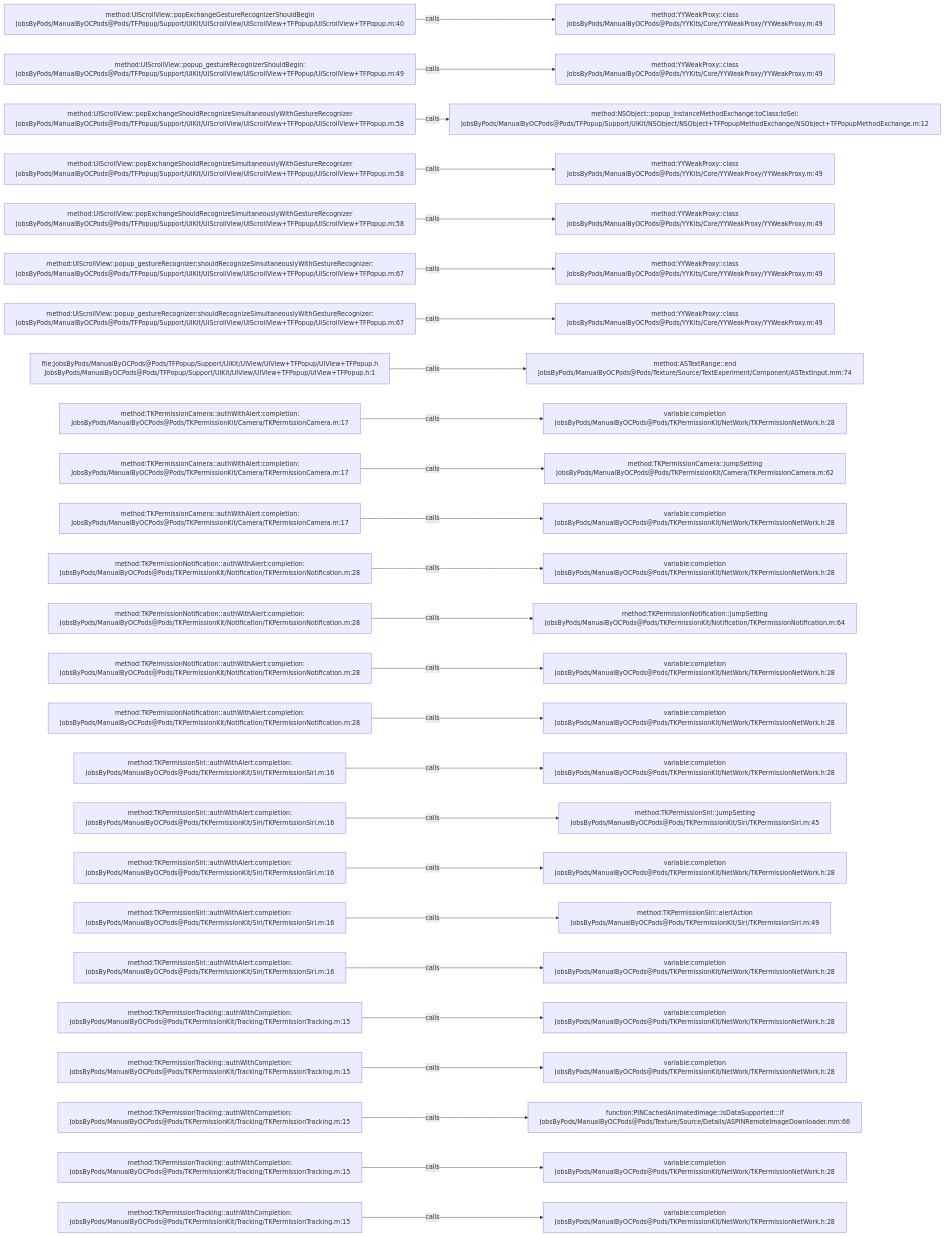
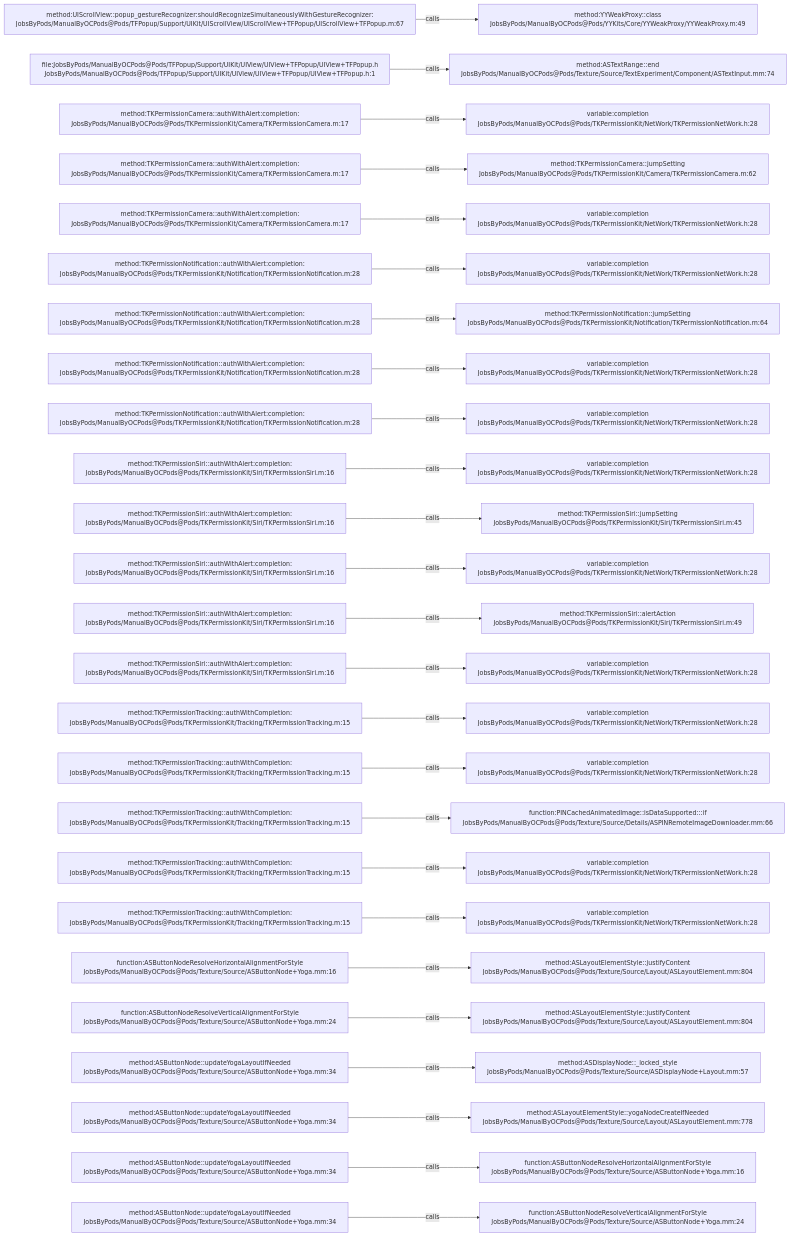
Before and after one commit to JobsKits/JobsOCBaseConfigDemo: the diagram in .codegraph/codegraph.md/graphs/calls-062.md, drawn with Mermaid. The commit also changed 666 other files, not shown here.

````diff
--- a/.codegraph/codegraph.md/graphs/calls-062.md
+++ b/.codegraph/codegraph.md/graphs/calls-062.md
@@ -13,78 +13,78 @@
 ```mermaid
 flowchart LR
-  S1["method:UIScrollView::popExchangeGestureRecognizerShouldBegin<br/>JobsByPods/ManualByOCPods@Pods/TFPopup/Support/UIKit/UIScrollView/UIScrollView+TFPopup/UIScrollView+TFPopup.m:40"]
+  S1["method:UIScrollView::popup_gestureRecognizer:shouldRecognizeSimultaneouslyWithGestureRecognizer:<br/>JobsByPods/ManualByOCPods@Pods/TFPopup/Support/UIKit/UIScrollView/UIScrollView+TFPopup/UIScrollView+TFPopup.m:67"]
   T1["method:YYWeakProxy::class<br/>JobsByPods/ManualByOCPods@Pods/YYKits/Core/YYWeakProxy/YYWeakProxy.m:49"]
   S1 -->|calls| T1
-  S2["method:UIScrollView::popup_gestureRecognizerShouldBegin:<br/>JobsByPods/ManualByOCPods@Pods/TFPopup/Support/UIKit/UIScrollView/UIScrollView+TFPopup/UIScrollView+TFPopup.m:49"]
-  T2["method:YYWeakProxy::class<br/>JobsByPods/ManualByOCPods@Pods/YYKits/Core/YYWeakProxy/YYWeakProxy.m:49"]
+  S2["file:JobsByPods/ManualByOCPods@Pods/TFPopup/Support/UIKit/UIView/UIView+TFPopup/UIView+TFPopup.h<br/>JobsByPods/ManualByOCPods@Pods/TFPopup/Support/UIKit/UIView/UIView+TFPopup/UIView+TFPopup.h:1"]
+  T2["method:ASTextRange::end<br/>JobsByPods/ManualByOCPods@Pods/Texture/Source/TextExperiment/Component/ASTextInput.mm:74"]
   S2 -->|calls| T2
-  S3["method:UIScrollView::popExchangeShouldRecognizeSimultaneouslyWithGestureRecognizer<br/>JobsByPods/ManualByOCPods@Pods/TFPopup/Support/UIKit/UIScrollView/UIScrollView+TFPopup/UIScrollView+TFPopup.m:58"]
-  T3["method:NSObject::popup_instanceMethodExchange:toClass:toSel:<br/>JobsByPods/ManualByOCPods@Pods/TFPopup/Support/UIKit/NSObject/NSObject+TFPopupMethodExchange/NSObject+TFPopupMethodExchange.m:12"]
+  S3["method:TKPermissionCamera::authWithAlert:completion:<br/>JobsByPods/ManualByOCPods@Pods/TKPermissionKit/Camera/TKPermissionCamera.m:17"]
+  T3["variable:completion<br/>JobsByPods/ManualByOCPods@Pods/TKPermissionKit/NetWork/TKPermissionNetWork.h:28"]
   S3 -->|calls| T3
-  S4["method:UIScrollView::popExchangeShouldRecognizeSimultaneouslyWithGestureRecognizer<br/>JobsByPods/ManualByOCPods@Pods/TFPopup/Support/UIKit/UIScrollView/UIScrollView+TFPopup/UIScrollView+TFPopup.m:58"]
-  T4["method:YYWeakProxy::class<br/>JobsByPods/ManualByOCPods@Pods/YYKits/Core/YYWeakProxy/YYWeakProxy.m:49"]
+  S4["method:TKPermissionCamera::authWithAlert:completion:<br/>JobsByPods/ManualByOCPods@Pods/TKPermissionKit/Camera/TKPermissionCamera.m:17"]
+  T4["method:TKPermissionCamera::jumpSetting<br/>JobsByPods/ManualByOCPods@Pods/TKPermissionKit/Camera/TKPermissionCamera.m:62"]
   S4 -->|calls| T4
-  S5["method:UIScrollView::popExchangeShouldRecognizeSimultaneouslyWithGestureRecognizer<br/>JobsByPods/ManualByOCPods@Pods/TFPopup/Support/UIKit/UIScrollView/UIScrollView+TFPopup/UIScrollView+TFPopup.m:58"]
-  T5["method:YYWeakProxy::class<br/>JobsByPods/ManualByOCPods@Pods/YYKits/Core/YYWeakProxy/YYWeakProxy.m:49"]
+  S5["method:TKPermissionCamera::authWithAlert:completion:<br/>JobsByPods/ManualByOCPods@Pods/TKPermissionKit/Camera/TKPermissionCamera.m:17"]
+  T5["variable:completion<br/>JobsByPods/ManualByOCPods@Pods/TKPermissionKit/NetWork/TKPermissionNetWork.h:28"]
   S5 -->|calls| T5
-  S6["method:UIScrollView::popup_gestureRecognizer:shouldRecognizeSimultaneouslyWithGestureRecognizer:<br/>JobsByPods/ManualByOCPods@Pods/TFPopup/Support/UIKit/UIScrollView/UIScrollView+TFPopup/UIScrollView+TFPopup.m:67"]
-  T6["method:YYWeakProxy::class<br/>JobsByPods/ManualByOCPods@Pods/YYKits/Core/YYWeakProxy/YYWeakProxy.m:49"]
+  S6["method:TKPermissionNotification::authWithAlert:completion:<br/>JobsByPods/ManualByOCPods@Pods/TKPermissionKit/Notification/TKPermissionNotification.m:28"]
+  T6["variable:completion<br/>JobsByPods/ManualByOCPods@Pods/TKPermissionKit/NetWork/TKPermissionNetWork.h:28"]
   S6 -->|calls| T6
-  S7["method:UIScrollView::popup_gestureRecognizer:shouldRecognizeSimultaneouslyWithGestureRecognizer:<br/>JobsByPods/ManualByOCPods@Pods/TFPopup/Support/UIKit/UIScrollView/UIScrollView+TFPopup/UIScrollView+TFPopup.m:67"]
-  T7["method:YYWeakProxy::class<br/>JobsByPods/ManualByOCPods@Pods/YYKits/Core/YYWeakProxy/YYWeakProxy.m:49"]
+  S7["method:TKPermissionNotification::authWithAlert:completion:<br/>JobsByPods/ManualByOCPods@Pods/TKPermissionKit/Notification/TKPermissionNotification.m:28"]
+  T7["method:TKPermissionNotification::jumpSetting<br/>JobsByPods/ManualByOCPods@Pods/TKPermissionKit/Notification/TKPermissionNotification.m:64"]
   S7 -->|calls| T7
-  S8["file:JobsByPods/ManualByOCPods@Pods/TFPopup/Support/UIKit/UIView/UIView+TFPopup/UIView+TFPopup.h<br/>JobsByPods/ManualByOCPods@Pods/TFPopup/Support/UIKit/UIView/UIView+TFPopup/UIView+TFPopup.h:1"]
-  T8["method:ASTextRange::end<br/>JobsByPods/ManualByOCPods@Pods/Texture/Source/TextExperiment/Component/ASTextInput.mm:74"]
+  S8["method:TKPermissionNotification::authWithAlert:completion:<br/>JobsByPods/ManualByOCPods@Pods/TKPermissionKit/Notification/TKPermissionNotification.m:28"]
+  T8["variable:completion<br/>JobsByPods/ManualByOCPods@Pods/TKPermissionKit/NetWork/TKPermissionNetWork.h:28"]
   S8 -->|calls| T8
-  S9["method:TKPermissionCamera::authWithAlert:completion:<br/>JobsByPods/ManualByOCPods@Pods/TKPermissionKit/Camera/TKPermissionCamera.m:17"]
+  S9["method:TKPermissionNotification::authWithAlert:completion:<br/>JobsByPods/ManualByOCPods@Pods/TKPermissionKit/Notification/TKPermissionNotification.m:28"]
   T9["variable:completion<br/>JobsByPods/ManualByOCPods@Pods/TKPermissionKit/NetWork/TKPermissionNetWork.h:28"]
   S9 -->|calls| T9
-  S10["method:TKPermissionCamera::authWithAlert:completion:<br/>JobsByPods/ManualByOCPods@Pods/TKPermissionKit/Camera/TKPermissionCamera.m:17"]
-  T10["method:TKPermissionCamera::jumpSetting<br/>JobsByPods/ManualByOCPods@Pods/TKPermissionKit/Camera/TKPermissionCamera.m:62"]
+  S10["method:TKPermissionSiri::authWithAlert:completion:<br/>JobsByPods/ManualByOCPods@Pods/TKPermissionKit/Siri/TKPermissionSiri.m:16"]
+  T10["variable:completion<br/>JobsByPods/ManualByOCPods@Pods/TKPermissionKit/NetWork/TKPermissionNetWork.h:28"]
   S10 -->|calls| T10
-  S11["method:TKPermissionCamera::authWithAlert:completion:<br/>JobsByPods/ManualByOCPods@Pods/TKPermissionKit/Camera/TKPermissionCamera.m:17"]
-  T11["variable:completion<br/>JobsByPods/ManualByOCPods@Pods/TKPermissionKit/NetWork/TKPermissionNetWork.h:28"]
+  S11["method:TKPermissionSiri::authWithAlert:completion:<br/>JobsByPods/ManualByOCPods@Pods/TKPermissionKit/Siri/TKPermissionSiri.m:16"]
+  T11["method:TKPermissionSiri::jumpSetting<br/>JobsByPods/ManualByOCPods@Pods/TKPermissionKit/Siri/TKPermissionSiri.m:45"]
   S11 -->|calls| T11
-  S12["method:TKPermissionNotification::authWithAlert:completion:<br/>JobsByPods/ManualByOCPods@Pods/TKPermissionKit/Notification/TKPermissionNotification.m:28"]
+  S12["method:TKPermissionSiri::authWithAlert:completion:<br/>JobsByPods/ManualByOCPods@Pods/TKPermissionKit/Siri/TKPermissionSiri.m:16"]
   T12["variable:completion<br/>JobsByPods/ManualByOCPods@Pods/TKPermissionKit/NetWork/TKPermissionNetWork.h:28"]
   S12 -->|calls| T12
-  S13["method:TKPermissionNotification::authWithAlert:completion:<br/>JobsByPods/ManualByOCPods@Pods/TKPermissionKit/Notification/TKPermissionNotification.m:28"]
-  T13["method:TKPermissionNotification::jumpSetting<br/>JobsByPods/ManualByOCPods@Pods/TKPermissionKit/Notification/TKPermissionNotification.m:64"]
+  S13["method:TKPermissionSiri::authWithAlert:completion:<br/>JobsByPods/ManualByOCPods@Pods/TKPermissionKit/Siri/TKPermissionSiri.m:16"]
+  T13["method:TKPermissionSiri::alertAction<br/>JobsByPods/ManualByOCPods@Pods/TKPermissionKit/Siri/TKPermissionSiri.m:49"]
   S13 -->|calls| T13
-  S14["method:TKPermissionNotification::authWithAlert:completion:<br/>JobsByPods/ManualByOCPods@Pods/TKPermissionKit/Notification/TKPermissionNotification.m:28"]
+  S14["method:TKPermissionSiri::authWithAlert:completion:<br/>JobsByPods/ManualByOCPods@Pods/TKPermissionKit/Siri/TKPermissionSiri.m:16"]
   T14["variable:completion<br/>JobsByPods/ManualByOCPods@Pods/TKPermissionKit/NetWork/TKPermissionNetWork.h:28"]
   S14 -->|calls| T14
-  S15["method:TKPermissionNotification::authWithAlert:completion:<br/>JobsByPods/ManualByOCPods@Pods/TKPermissionKit/Notification/TKPermissionNotification.m:28"]
+  S15["method:TKPermissionTracking::authWithCompletion:<br/>JobsByPods/ManualByOCPods@Pods/TKPermissionKit/Tracking/TKPermissionTracking.m:15"]
   T15["variable:completion<br/>JobsByPods/ManualByOCPods@Pods/TKPermissionKit/NetWork/TKPermissionNetWork.h:28"]
   S15 -->|calls| T15
-  S16["method:TKPermissionSiri::authWithAlert:completion:<br/>JobsByPods/ManualByOCPods@Pods/TKPermissionKit/Siri/TKPermissionSiri.m:16"]
+  S16["method:TKPermissionTracking::authWithCompletion:<br/>JobsByPods/ManualByOCPods@Pods/TKPermissionKit/Tracking/TKPermissionTracking.m:15"]
   T16["variable:completion<br/>JobsByPods/ManualByOCPods@Pods/TKPermissionKit/NetWork/TKPermissionNetWork.h:28"]
   S16 -->|calls| T16
-  S17["method:TKPermissionSiri::authWithAlert:completion:<br/>JobsByPods/ManualByOCPods@Pods/TKPermissionKit/Siri/TKPermissionSiri.m:16"]
-  T17["method:TKPermissionSiri::jumpSetting<br/>JobsByPods/ManualByOCPods@Pods/TKPermissionKit/Siri/TKPermissionSiri.m:45"]
+  S17["method:TKPermissionTracking::authWithCompletion:<br/>JobsByPods/ManualByOCPods@Pods/TKPermissionKit/Tracking/TKPermissionTracking.m:15"]
+  T17["function:PINCachedAnimatedImage::isDataSupported:::if<br/>JobsByPods/ManualByOCPods@Pods/Texture/Source/Details/ASPINRemoteImageDownloader.mm:66"]
   S17 -->|calls| T17
-  S18["method:TKPermissionSiri::authWithAlert:completion:<br/>JobsByPods/ManualByOCPods@Pods/TKPermissionKit/Siri/TKPermissionSiri.m:16"]
+  S18["method:TKPermissionTracking::authWithCompletion:<br/>JobsByPods/ManualByOCPods@Pods/TKPermissionKit/Tracking/TKPermissionTracking.m:15"]
   T18["variable:completion<br/>JobsByPods/ManualByOCPods@Pods/TKPermissionKit/NetWork/TKPermissionNetWork.h:28"]
   S18 -->|calls| T18
-  S19["method:TKPermissionSiri::authWithAlert:completion:<br/>JobsByPods/ManualByOCPods@Pods/TKPermissionKit/Siri/TKPermissionSiri.m:16"]
-  T19["method:TKPermissionSiri::alertAction<br/>JobsByPods/ManualByOCPods@Pods/TKPermissionKit/Siri/TKPermissionSiri.m:49"]
+  S19["method:TKPermissionTracking::authWithCompletion:<br/>JobsByPods/ManualByOCPods@Pods/TKPermissionKit/Tracking/TKPermissionTracking.m:15"]
+  T19["variable:completion<br/>JobsByPods/ManualByOCPods@Pods/TKPermissionKit/NetWork/TKPermissionNetWork.h:28"]
   S19 -->|calls| T19
-  S20["method:TKPermissionSiri::authWithAlert:completion:<br/>JobsByPods/ManualByOCPods@Pods/TKPermissionKit/Siri/TKPermissionSiri.m:16"]
-  T20["variable:completion<br/>JobsByPods/ManualByOCPods@Pods/TKPermissionKit/NetWork/TKPermissionNetWork.h:28"]
+  S20["function:ASButtonNodeResolveHorizontalAlignmentForStyle<br/>JobsByPods/ManualByOCPods@Pods/Texture/Source/ASButtonNode+Yoga.mm:16"]
+  T20["method:ASLayoutElementStyle::justifyContent<br/>JobsByPods/ManualByOCPods@Pods/Texture/Source/Layout/ASLayoutElement.mm:804"]
   S20 -->|calls| T20
-  S21["method:TKPermissionTracking::authWithCompletion:<br/>JobsByPods/ManualByOCPods@Pods/TKPermissionKit/Tracking/TKPermissionTracking.m:15"]
-  T21["variable:completion<br/>JobsByPods/ManualByOCPods@Pods/TKPermissionKit/NetWork/TKPermissionNetWork.h:28"]
+  S21["function:ASButtonNodeResolveVerticalAlignmentForStyle<br/>JobsByPods/ManualByOCPods@Pods/Texture/Source/ASButtonNode+Yoga.mm:24"]
+  T21["method:ASLayoutElementStyle::justifyContent<br/>JobsByPods/ManualByOCPods@Pods/Texture/Source/Layout/ASLayoutElement.mm:804"]
   S21 -->|calls| T21
-  S22["method:TKPermissionTracking::authWithCompletion:<br/>JobsByPods/ManualByOCPods@Pods/TKPermissionKit/Tracking/TKPermissionTracking.m:15"]
-  T22["variable:completion<br/>JobsByPods/ManualByOCPods@Pods/TKPermissionKit/NetWork/TKPermissionNetWork.h:28"]
+  S22["method:ASButtonNode::updateYogaLayoutIfNeeded<br/>JobsByPods/ManualByOCPods@Pods/Texture/Source/ASButtonNode+Yoga.mm:34"]
+  T22["method:ASDisplayNode::_locked_style<br/>JobsByPods/ManualByOCPods@Pods/Texture/Source/ASDisplayNode+Layout.mm:57"]
   S22 -->|calls| T22
-  S23["method:TKPermissionTracking::authWithCompletion:<br/>JobsByPods/ManualByOCPods@Pods/TKPermissionKit/Tracking/TKPermissionTracking.m:15"]
-  T23["function:PINCachedAnimatedImage::isDataSupported:::if<br/>JobsByPods/ManualByOCPods@Pods/Texture/Source/Details/ASPINRemoteImageDownloader.mm:66"]
+  S23["method:ASButtonNode::updateYogaLayoutIfNeeded<br/>JobsByPods/ManualByOCPods@Pods/Texture/Source/ASButtonNode+Yoga.mm:34"]
+  T23["method:ASLayoutElementStyle::yogaNodeCreateIfNeeded<br/>JobsByPods/ManualByOCPods@Pods/Texture/Source/Layout/ASLayoutElement.mm:778"]
   S23 -->|calls| T23
-  S24["method:TKPermissionTracking::authWithCompletion:<br/>JobsByPods/ManualByOCPods@Pods/TKPermissionKit/Tracking/TKPermissionTracking.m:15"]
-  T24["variable:completion<br/>JobsByPods/ManualByOCPods@Pods/TKPermissionKit/NetWork/TKPermissionNetWork.h:28"]
+  S24["method:ASButtonNode::updateYogaLayoutIfNeeded<br/>JobsByPods/ManualByOCPods@Pods/Texture/Source/ASButtonNode+Yoga.mm:34"]
+  T24["function:ASButtonNodeResolveHorizontalAlignmentForStyle<br/>JobsByPods/ManualByOCPods@Pods/Texture/Source/ASButtonNode+Yoga.mm:16"]
   S24 -->|calls| T24
-  S25["method:TKPermissionTracking::authWithCompletion:<br/>JobsByPods/ManualByOCPods@Pods/TKPermissionKit/Tracking/TKPermissionTracking.m:15"]
-  T25["variable:completion<br/>JobsByPods/ManualByOCPods@Pods/TKPermissionKit/NetWork/TKPermissionNetWork.h:28"]
+  S25["method:ASButtonNode::updateYogaLayoutIfNeeded<br/>JobsByPods/ManualByOCPods@Pods/Texture/Source/ASButtonNode+Yoga.mm:34"]
+  T25["function:ASButtonNodeResolveVerticalAlignmentForStyle<br/>JobsByPods/ManualByOCPods@Pods/Texture/Source/ASButtonNode+Yoga.mm:24"]
   S25 -->|calls| T25
 ```
````
